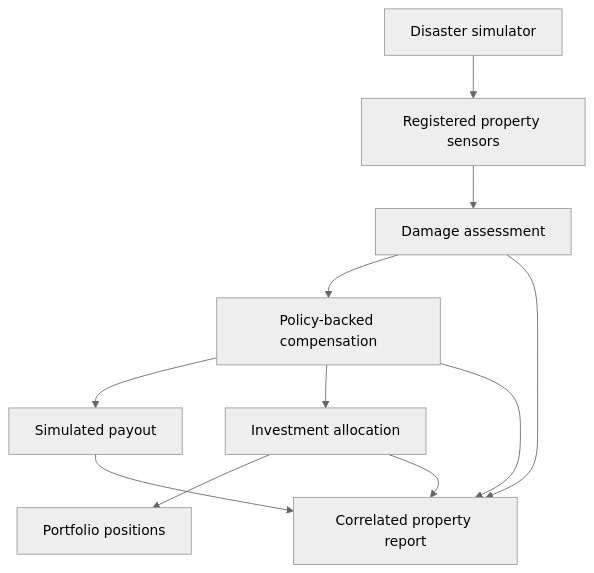
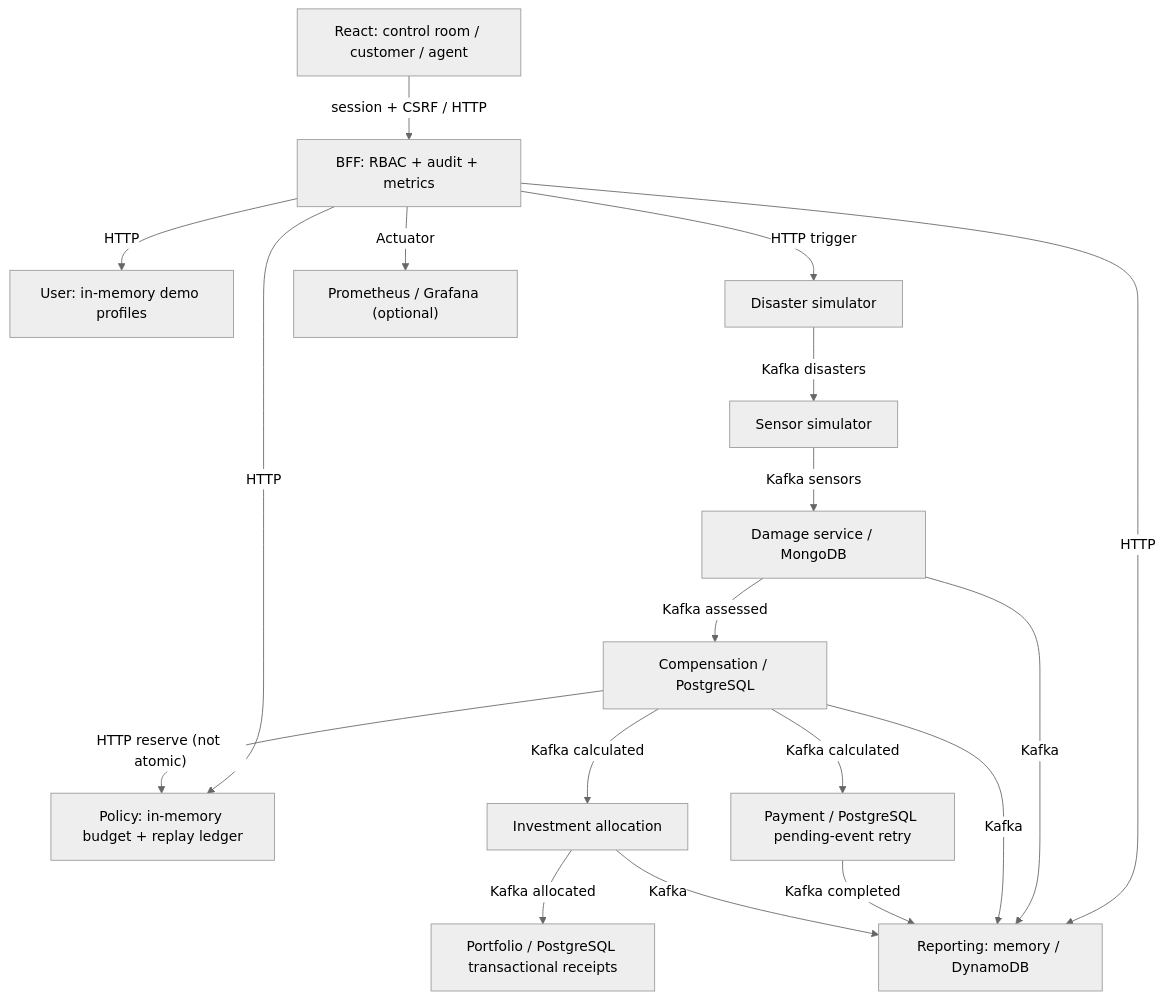
The diagram in PROJECT_DIAGRAM.md (straigenlu-netizen/catfi-platform), drawn with Mermaid (neutral theme) before and after one commit. The commit also changed other lines of this file and 34 other files, not shown here.

````diff
--- a/PROJECT_DIAGRAM.md
+++ b/PROJECT_DIAGRAM.md
@@ -5,13 +5,20 @@
 ```mermaid
 flowchart TD
-    Disaster["Disaster simulator"] --> Sensors["Registered property sensors"]
-    Sensors --> Damage["Damage assessment"]
-    Damage --> Compensation["Policy-backed compensation"]
-    Compensation --> Payout["Simulated payout"]
-    Compensation --> Investment["Investment allocation"]
-    Investment --> Portfolio["Portfolio positions"]
-    Payout --> Reporting["Correlated property report"]
-    Investment --> Reporting
-    Damage --> Reporting
-    Compensation --> Reporting
+    Browser["React: control room / customer / agent"] -->|"session + CSRF / HTTP"| BFF["BFF: RBAC + audit + metrics"]
+    BFF -->|"HTTP"| Policy["Policy: in-memory budget + replay ledger"]
+    BFF -->|"HTTP"| User["User: in-memory demo profiles"]
+    BFF -->|"HTTP"| Reporting["Reporting: memory / DynamoDB"]
+    BFF -->|"HTTP trigger"| Disaster["Disaster simulator"]
+    Disaster -->|"Kafka disasters"| Sensors["Sensor simulator"]
+    Sensors -->|"Kafka sensors"| Damage["Damage service / MongoDB"]
+    Damage -->|"Kafka assessed"| Compensation["Compensation / PostgreSQL"]
+    Compensation -->|"HTTP reserve (not atomic)"| Policy
+    Compensation -->|"Kafka calculated"| Payment["Payment / PostgreSQL pending-event retry"]
+    Compensation -->|"Kafka calculated"| Investment["Investment allocation"]
+    Investment -->|"Kafka allocated"| Portfolio["Portfolio / PostgreSQL transactional receipts"]
+    Damage -->|"Kafka"| Reporting
+    Compensation -->|"Kafka"| Reporting
+    Payment -->|"Kafka completed"| Reporting
+    Investment -->|"Kafka"| Reporting
+    BFF -->|"Actuator"| Prometheus["Prometheus / Grafana (optional)"]
 ```
````
